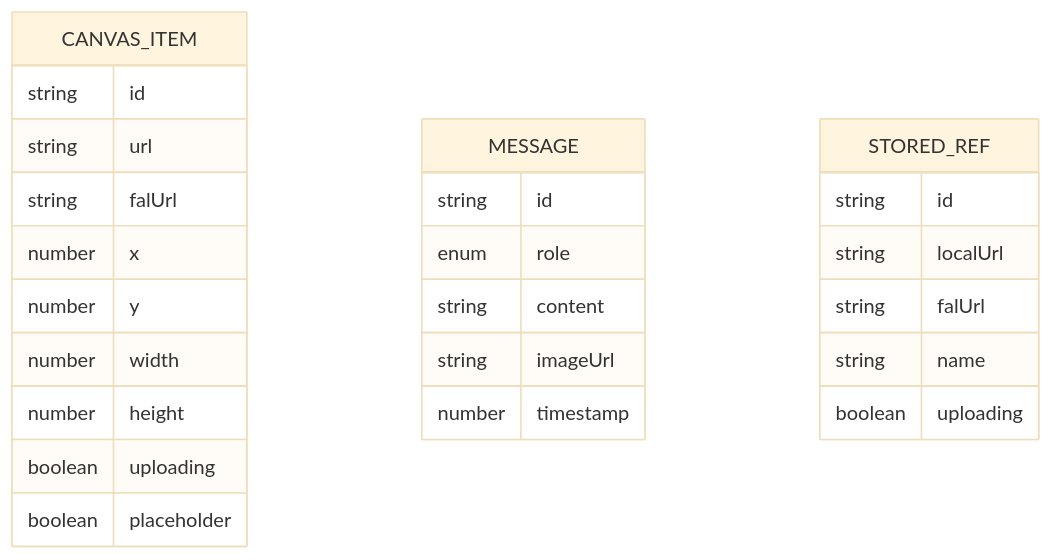
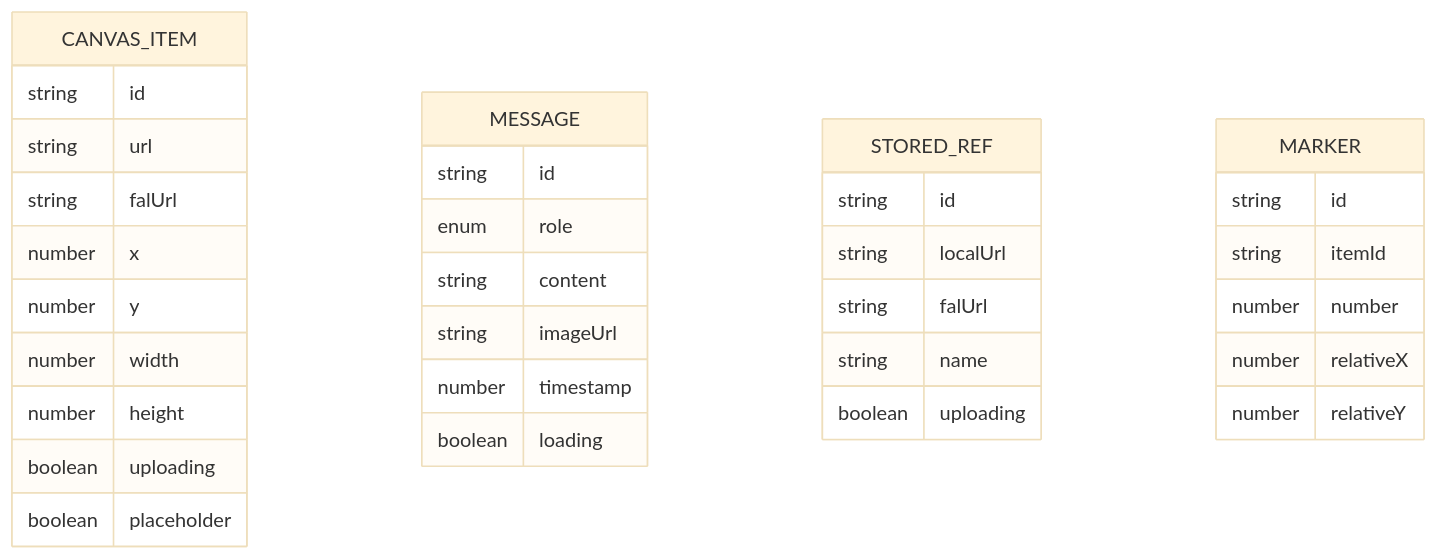
One commit to billye220670/BananaFlow2 changed the fourth of 12 diagrams in .qoder/repowiki/zh/content/核心功能模块/状态管理系统.md. Above: the diagram before and after it, drawn with Mermaid (base theme). The commit also changed other lines of this file and 7 other files, not shown here.

Commit message:
修复效果 auto 模式：FAL API 收到 'auto'，由模型自行决定最佳比例，生成后用实际宽高更新显示 指定比例（如 16:9、9:16 等）：正确传递，不再被覆盖为 1:1 占位图阶段：auto 时默认正方形占位，生成完成后自动更新为实际比例

````diff
--- a/.qoder/repowiki/zh/content/核心功能模块/状态管理系统.md
+++ b/.qoder/repowiki/zh/content/核心功能模块/状态管理系统.md
@@ -190,28 +230,36 @@
 ```mermaid
 erDiagram
 CANVAS_ITEM {
 string id
 string url
 string falUrl
 number x
 number y
 number width
 number height
 boolean uploading
 boolean placeholder
 }
 MESSAGE {
 string id
 enum role
 string content
 string imageUrl
 number timestamp
+boolean loading
 }
 STORED_REF {
 string id
 string localUrl
 string falUrl
 string name
 boolean uploading
 }
+MARKER {
+string id
+string itemId
+number number
+number relativeX
+number relativeY
+}
 ```
````
